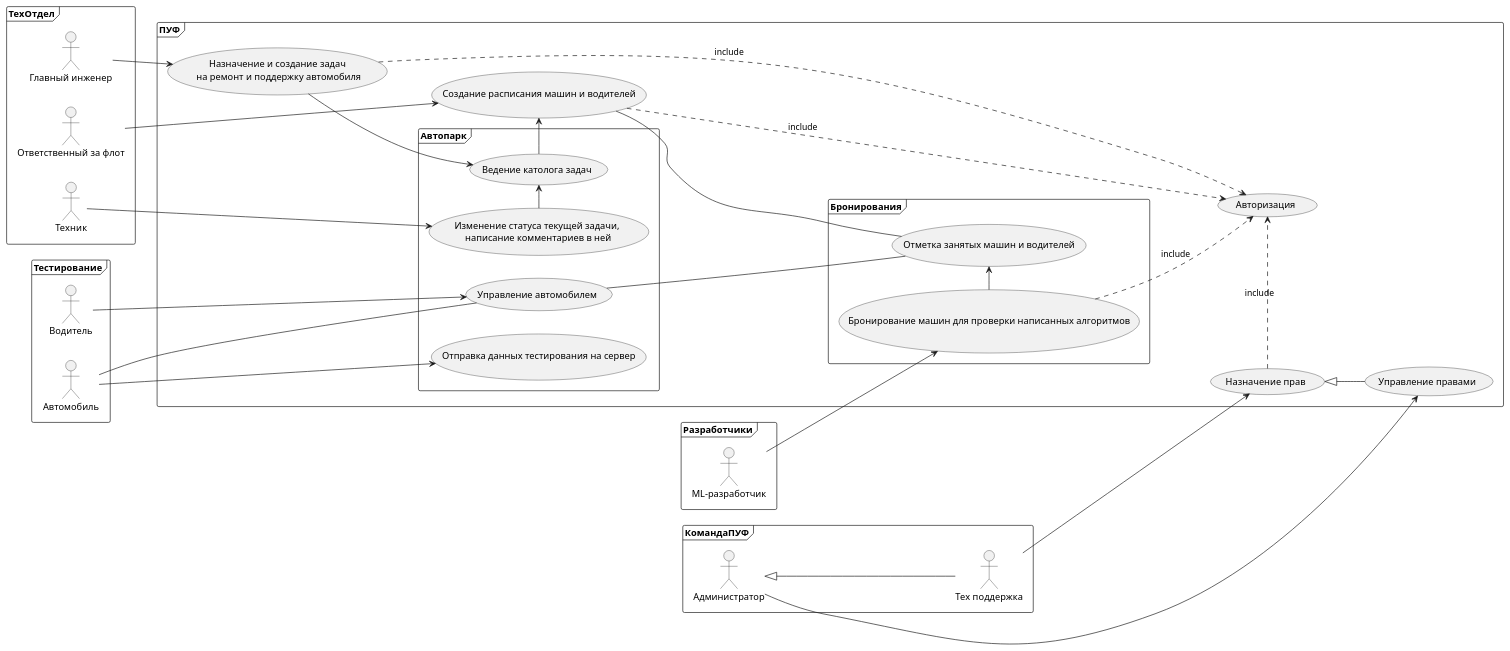
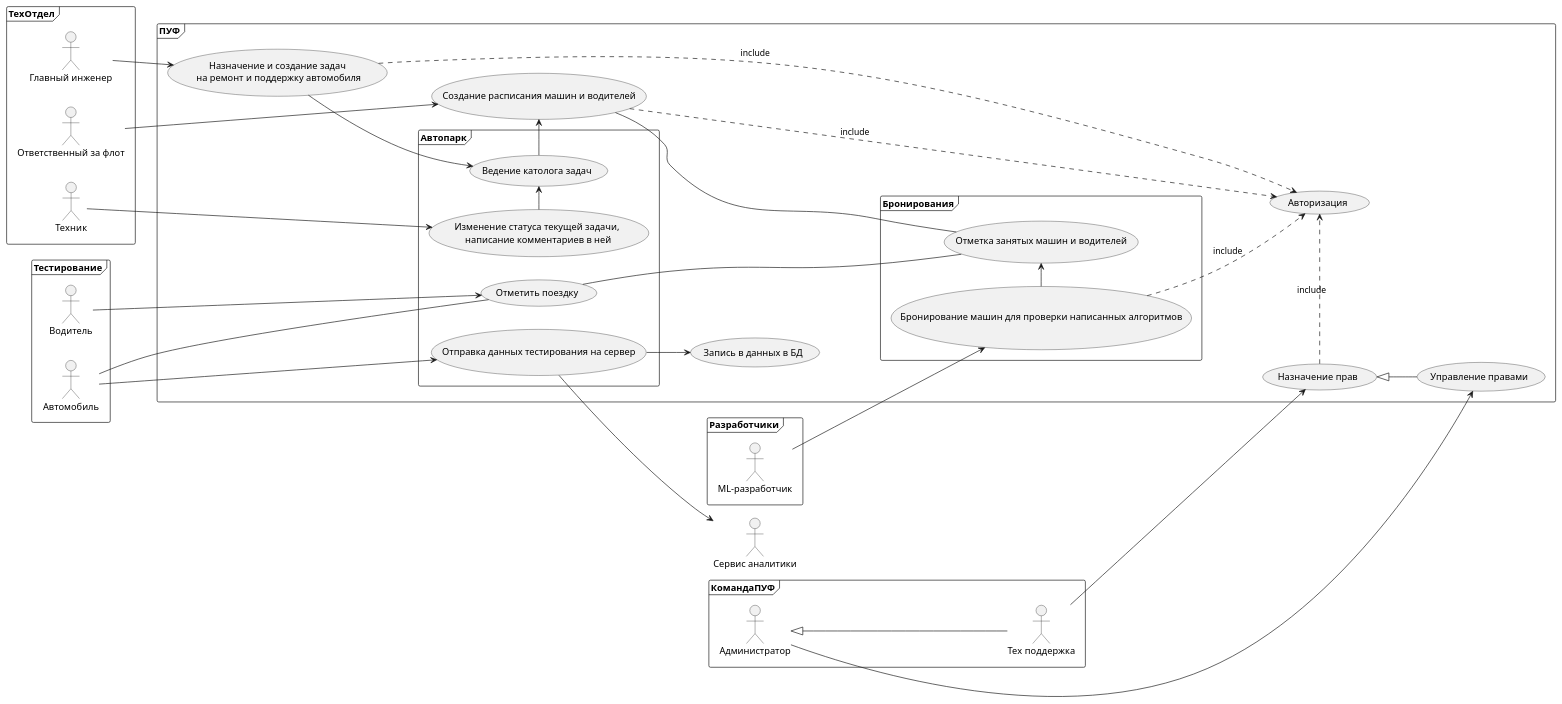
Before and after one commit to DeadlySquad13/t5-1-ObjectOrientedArchitecturing__Labs: the diagram in Lab1/UseCaseUsers.puml, drawn with PlantUML. The commit also changed 4 other files, not shown here.

```diff
--- a/Lab1/UseCaseUsers.puml
+++ b/Lab1/UseCaseUsers.puml
@@ -1,72 +1,78 @@
 @startuml
 left to right direction
 
 frame КомандаПУФ {
 
     :Тех поддержка: as Support
     :Администратор: as Admin
     Admin <|-- Support
 }
 
 frame Тестирование {
     :Водитель:
     :Автомобиль: as Auto
 }
 
 frame ТехОтдел {
     :Ответственный за флот: as FleetManager
     :Главный инженер: as Engineer
     :Техник: as Technician
 }
 
 frame Разработчики {
     :ML-разработчик:
 }
+
+:Сервис аналитики: as AnalyticsService
 
 frame ПУФ {
     (Управление правами) as (RM)
     (Назначение прав) as (R)
     (Авторизация) as (Auth)
 
     (R) .> (Auth) : include
     (ServiceManagement) .> (Auth) : include
     (CarManagement) .> (Auth) : include
 
     Admin -down-> (RM)
     Support -down-> (R)
     (R) <|-- (RM)
 
     frame Бронирования {
         (Бронирование машин для проверки написанных алгоритмов) as (Reservation)
         (Отметка занятых машин и водителей) as (Calendaring)
 
         :ML-разработчик: --> (Reservation)
         (Reservation) -> (Calendaring)
 
         (Reservation) ..> (Auth) : include
     }
 
     frame Автопарк {
         (Создание расписания машин и водителей) as (CarManagement)
-        (Управление автомобилем) as (Riding)
+        (Отметить поездку) as (StartRiding)
         (Назначение и создание задач\n на ремонт и поддержку автомобиля) as (ServiceManagement)
         (Изменение статуса текущей задачи,\n написание комментариев в ней) as (ServiceWork)
         (Ведение католога задач) as (Tasks)
+        (Отправка данных тестирования на сервер) as (SendingData)
 
         :Engineer: --> (ServiceManagement)
         (ServiceManagement) --> (Tasks)
         :Technician: --> (ServiceWork)
         (ServiceWork) -> (Tasks)
         (Tasks) -> (CarManagement)
 
         :FleetManager: --> (CarManagement)
-        :Водитель: --> (Riding)
-        (Riding) --- (Calendaring)
-        :Auto: --> (Отправка данных тестирования на сервер)
-        :Auto: --- (Riding)
+        :Водитель: --> (StartRiding)
+        :Auto: --> (SendingData)
+        :Auto: --- (StartRiding)
+        (StartRiding) --- (Calendaring)
         (CarManagement) --- (Calendaring)
+
+        (SendingData) -down-> :AnalyticsService:
     }
 
+    (SendingData) --> (Запись в данных в БД)
 }
 
 @enduml
```
